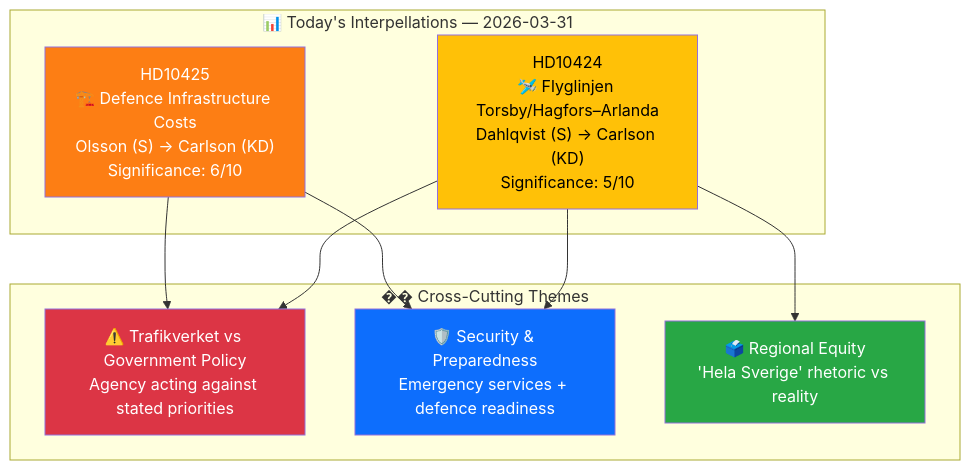
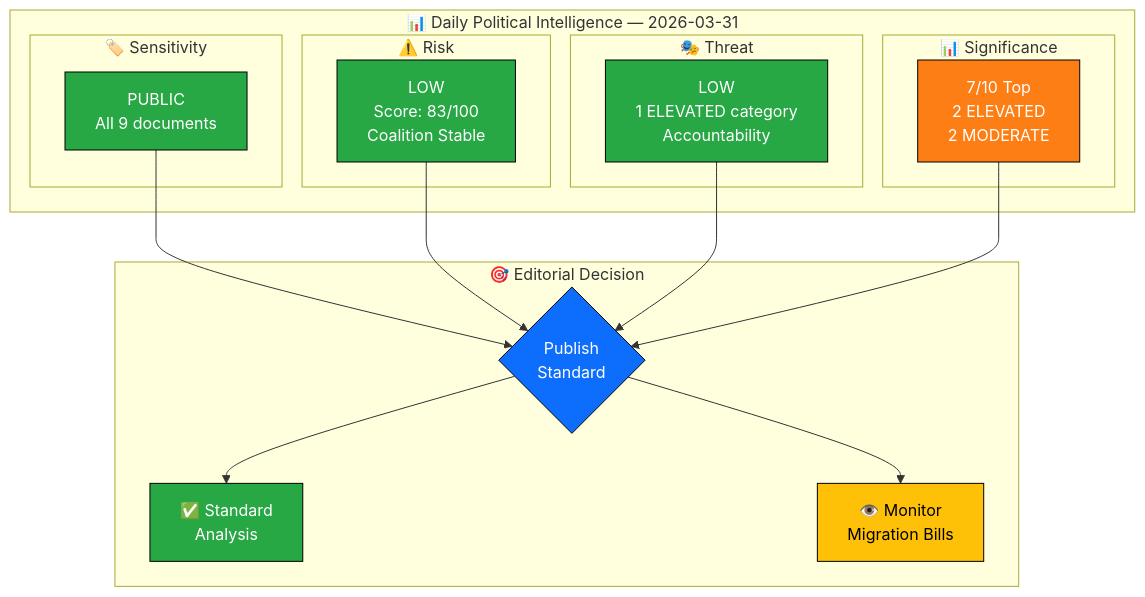
One commit to Hack23/riksdagsmonitor changed the first of 2 diagrams in analysis/daily/2026-03-31/synthesis-summary.md. Above: the diagram before and after it, drawn with Mermaid. The commit also changed other lines of this file and 5 other files, not shown here.

First line of the commit message:
feat(analysis): template-compliant daily analysis for 2026-03-31

````diff
--- a/analysis/daily/2026-03-31/synthesis-summary.md
+++ b/analysis/daily/2026-03-31/synthesis-summary.md
@@ -19,25 +32,35 @@
 ```mermaid
 graph TD
-    subgraph "📊 Today's Interpellations — 2026-03-31"
-        HD10424["HD10424<br/>🛩️ Flyglinjen Torsby/Hagfors–Arlanda<br/>Dahlqvist (S) → Carlson (KD)<br/>Significance: 5/10"]
-        HD10425["HD10425<br/>🏗️ Defence Infrastructure Costs<br/>Olsson (S) → Carlson (KD)<br/>Significance: 6/10"]
+    subgraph "📊 Daily Political Intelligence — 2026-03-31"
+        subgraph "🏷️ Sensitivity"
+            CLS["PUBLIC<br/>All 9 documents"]
+        end
+        subgraph "⚠️ Risk"
+            RSK["LOW<br/>Score: 83/100<br/>Coalition Stable"]
+        end
+        subgraph "🎭 Threat"
+            THR["LOW<br/>1 ELEVATED category<br/>Accountability"]
+        end
+        subgraph "📊 Significance"
+            SIG["7/10 Top<br/>2 ELEVATED<br/>2 MODERATE"]
+        end
     end
-
-    subgraph "�� Cross-Cutting Themes"
-        T1["⚠️ Trafikverket vs Government Policy<br/>Agency acting against stated priorities"]
-        T2["🛡️ Security & Preparedness<br/>Emergency services + defence readiness"]
-        T3["🗳️ Regional Equity<br/>'Hela Sverige' rhetoric vs reality"]
+    subgraph "🎯 Editorial Decision"
+        DEC{"Publish<br/>Standard"}
+        STD["✅ Standard<br/>Analysis"]
+        MON["👁️ Monitor<br/>Migration Bills"]
     end
-
-    HD10424 --> T1
-    HD10424 --> T2
-    HD10424 --> T3
-    HD10425 --> T1
-    HD10425 --> T2
-
-    style HD10424 fill:#ffc107,color:#000
-    style HD10425 fill:#fd7e14,color:#fff
-    style T1 fill:#dc3545,color:#fff
-    style T2 fill:#0d6efd,color:#fff
-    style T3 fill:#28a745,color:#fff
+    CLS --> DEC
+    RSK --> DEC
+    THR --> DEC
+    SIG --> DEC
+    DEC --> STD
+    DEC --> MON
+    style CLS fill:#28a745,stroke:#000,color:#fff
+    style RSK fill:#28a745,stroke:#000,color:#fff
+    style THR fill:#28a745,stroke:#000,color:#fff
+    style SIG fill:#fd7e14,stroke:#000,color:#fff
+    style DEC fill:#0d6efd,stroke:#000,color:#fff
+    style STD fill:#28a745,stroke:#000,color:#fff
+    style MON fill:#ffc107,stroke:#000,color:#000
 ```
````
